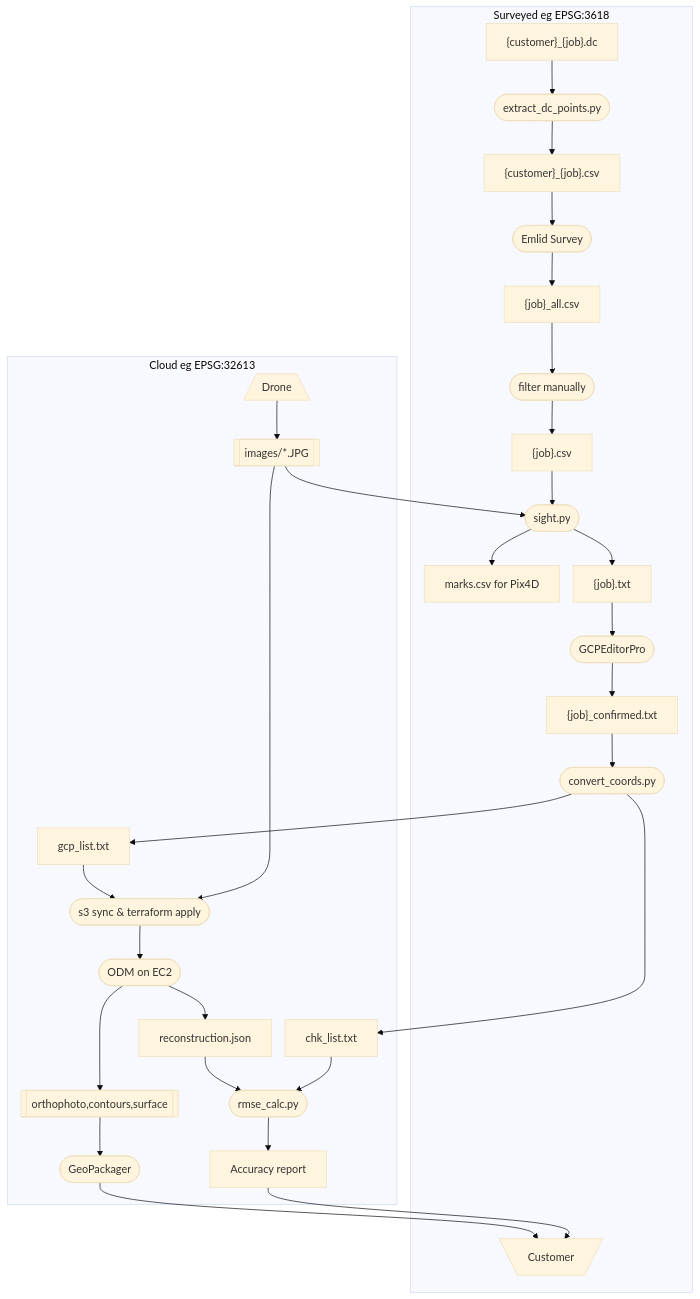
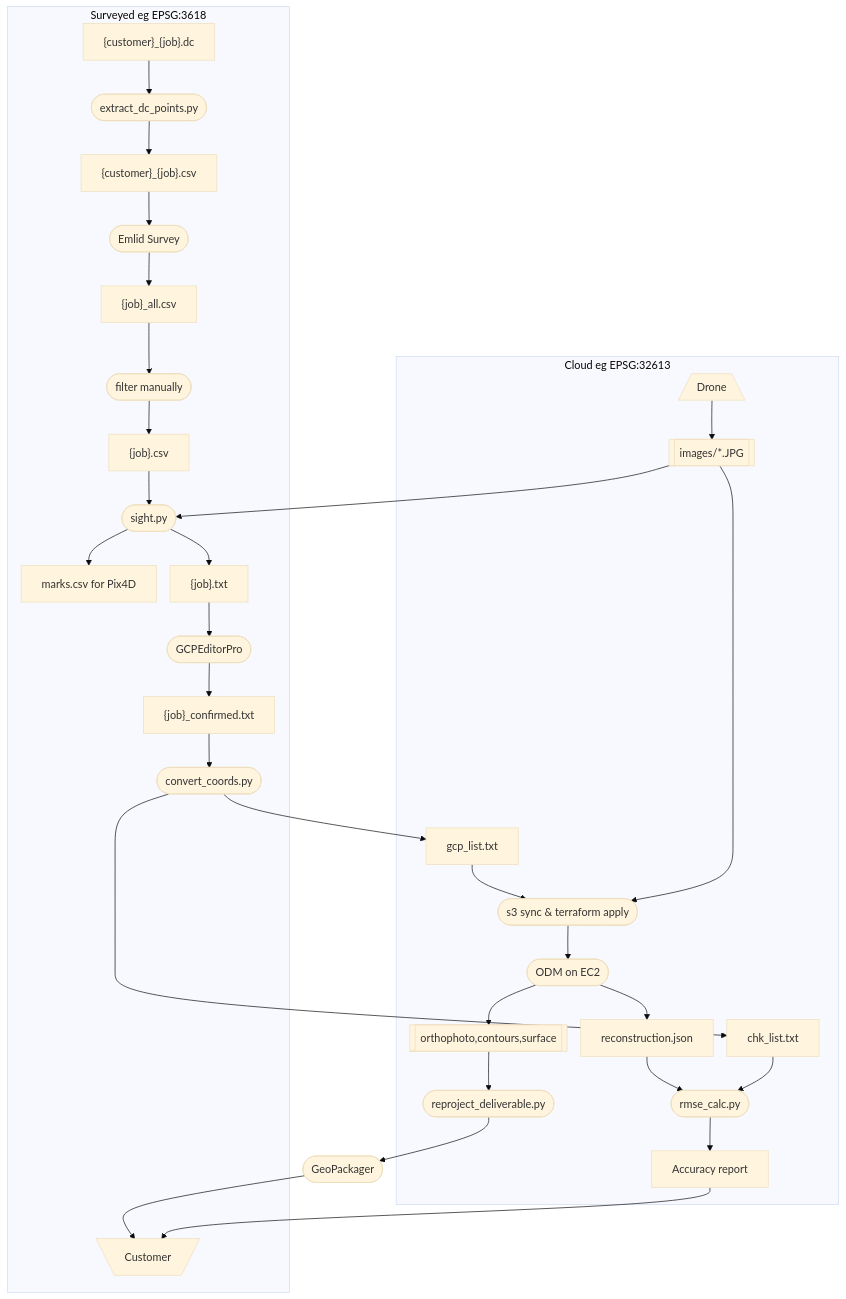
The diagram in docs/odm-workflow.md (jrstear/geo), drawn with Mermaid before and after one commit. The commit also changed 1 other file, not shown here.

Commit message:
docs: add reproject_deliverable.py to workflow diagram; update ff7 bead

````diff
--- a/docs/odm-workflow.md
+++ b/docs/odm-workflow.md
@@ -9,57 +9,58 @@
 ```mermaid
 %%{init: {'theme': 'base', 'flowchart': {'nodeSpacing': 20}}}%%
 flowchart TD
     cust_dc["{customer}_{job}.dc"]
     extract(["extract_dc_points.py"])
     cust_csv["{customer}_{job}.csv"]
     emlid(["Emlid Survey"])
     all["{job}_all.csv"]
     filter(["filter manually"])
     filtered["{job}.csv"]
     sight(["sight.py"])
     marks["marks.csv for Pix4D"]
     targets["{job}.txt"]
     gcpeditor(["GCPEditorPro"])
     confirmed["{job}_confirmed.txt"]
     prepare(["convert_coords.py"])
     control["gcp_list.txt"]
     check["chk_list.txt"]
     s3(["s3 sync & terraform apply"])
     odm(["ODM on EC2"])
     rmse(["rmse_calc.py"])
     drone[/"Drone"\]
     images[["images/*.JPG"]]
     deliverables[["orthophoto,contours,surface"]]
+    reproject(["reproject_deliverable.py"])
     packager(["GeoPackager"])
     report["Accuracy report"]
     model["reconstruction.json"]
     customer[\"Customer"/]
 
 	subgraph Surveyed eg EPSG:3618
 	    cust_dc --> extract --> cust_csv --> emlid
 	    emlid --> all --> filter --> filtered
 	    filtered --> sight --> targets
 	    sight --> marks
 	    targets --> gcpeditor
 	    gcpeditor --> confirmed
 	    confirmed --> prepare
 	    customer
 	end
     
     subgraph Cloud eg EPSG:32613
 	    drone --> images
 	    prepare --> control
 	    prepare --> check
 	    control --> s3
 	    s3 --> odm --> deliverables
 	    odm --> model --> rmse
 	    check --> rmse --> report
-            deliverables --> packager
+            deliverables --> reproject
 	end
 
     images --> sight
     images --> s3
-    packager --> customer
+    reproject --> packager --> customer
     report --> customer
 
 ```
````
